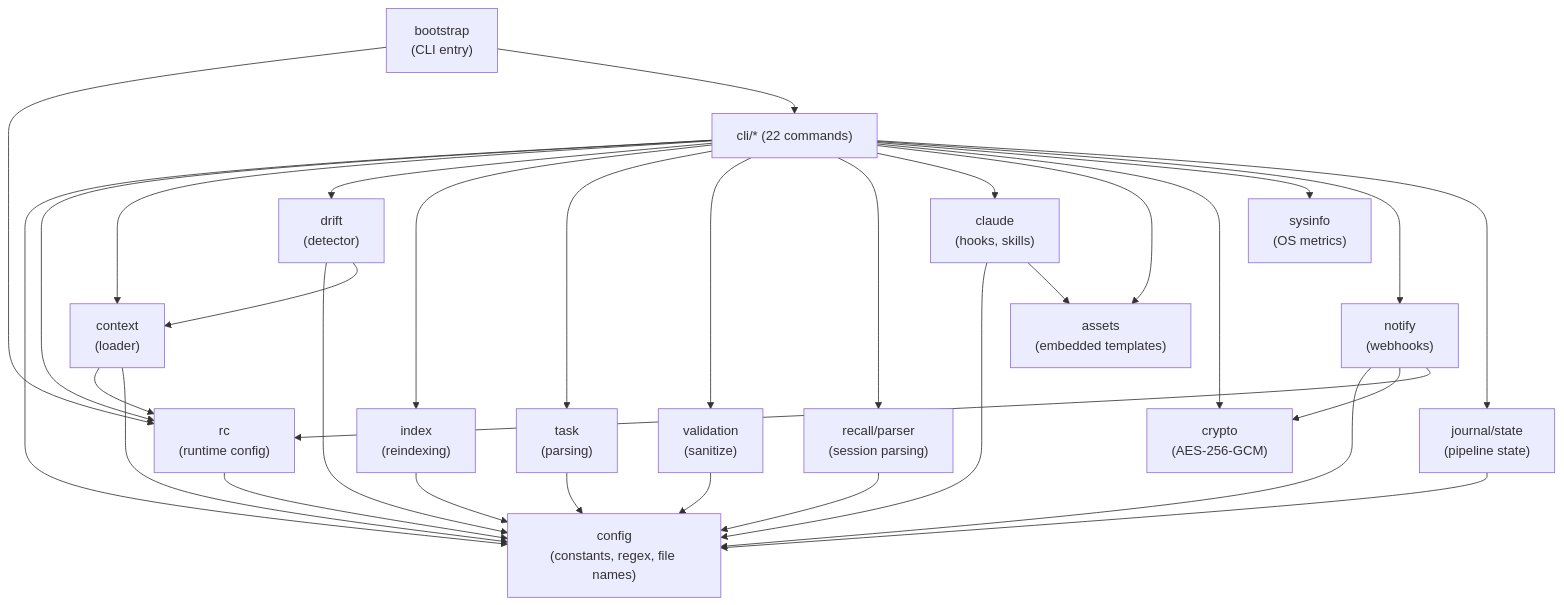
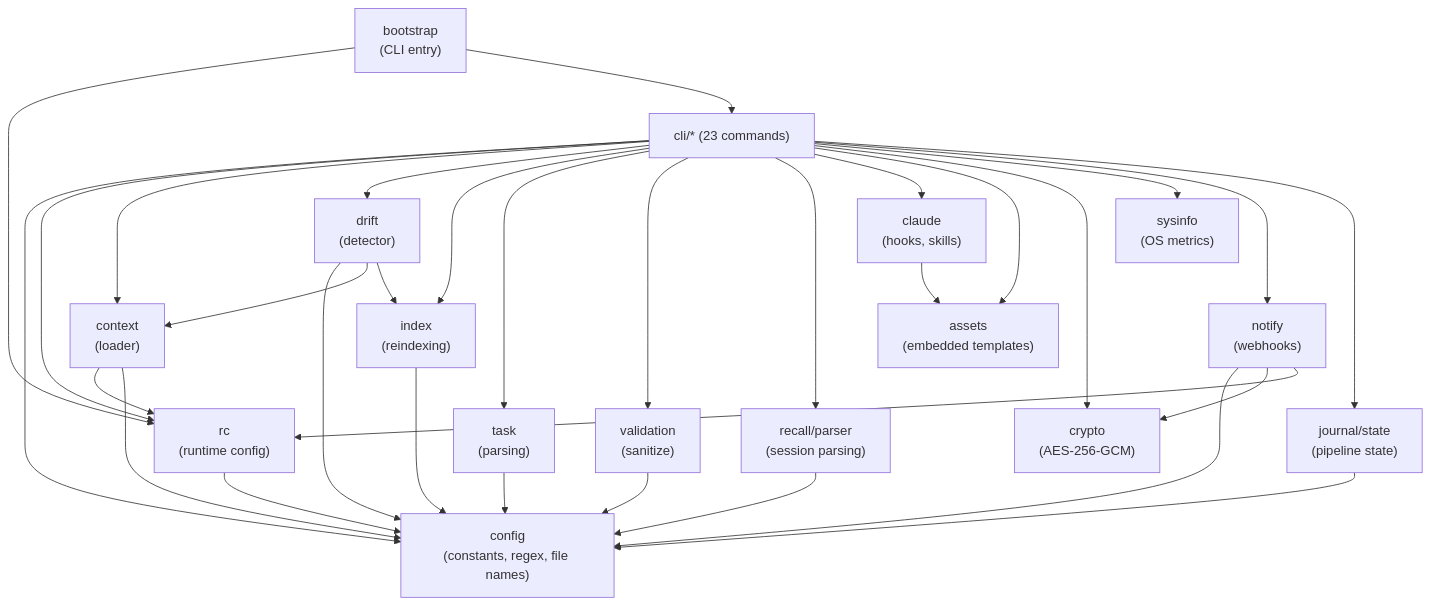
Before and after one commit to ActiveMemory/ctx: the diagram in .context/ARCHITECTURE.md, drawn with Mermaid. The commit also changed other lines of this file and 7 other files, not shown here.

````diff
--- a/.context/ARCHITECTURE.md
+++ b/.context/ARCHITECTURE.md
@@ -26,40 +85,40 @@
 ```mermaid
 graph TD
     config["config<br/>(constants, regex, file names)"]
     assets["assets<br/>(embedded templates)"]
 
     rc["rc<br/>(runtime config)"] --> config
     context["context<br/>(loader)"] --> rc
     context --> config
     drift["drift<br/>(detector)"] --> config
     drift --> context
+    drift --> index
     index["index<br/>(reindexing)"] --> config
     task["task<br/>(parsing)"] --> config
     validation["validation<br/>(sanitize)"] --> config
     recall_parser["recall/parser<br/>(session parsing)"] --> config
-    claude["claude<br/>(hooks, skills)"] --> config
-    claude --> assets
+    claude["claude<br/>(hooks, skills)"] --> assets
     crypto["crypto<br/>(AES-256-GCM)"]
     sysinfo["sysinfo<br/>(OS metrics)"]
     notify["notify<br/>(webhooks)"] --> config
     notify --> crypto
     notify --> rc
     journal_state["journal/state<br/>(pipeline state)"] --> config
 
     bootstrap["bootstrap<br/>(CLI entry)"] --> rc
-    bootstrap --> cli_all["cli/* (22 commands)"]
+    bootstrap --> cli_all["cli/* (23 commands)"]
     cli_all --> config
     cli_all --> rc
     cli_all --> context
     cli_all --> drift
     cli_all --> index
     cli_all --> task
     cli_all --> validation
     cli_all --> recall_parser
     cli_all --> claude
     cli_all --> assets
     cli_all --> crypto
     cli_all --> sysinfo
     cli_all --> notify
     cli_all --> journal_state
 ```
````
